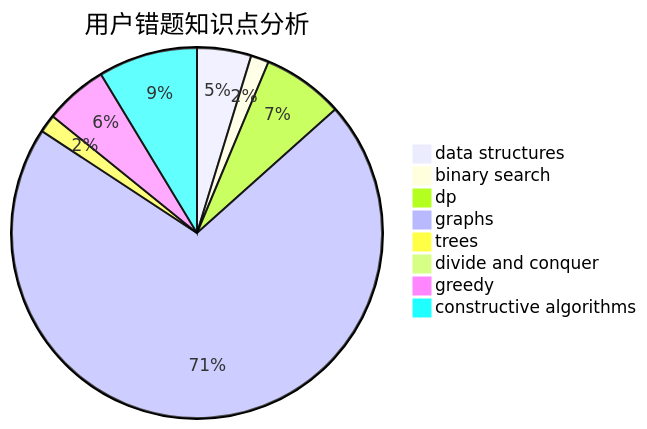
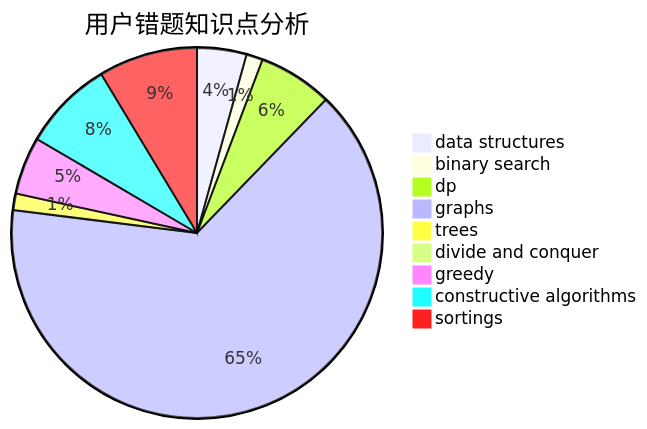
The third of 3 diagrams in docs/user/u1199.md (sherpahu/cfrs.github.io), drawn with Mermaid before and after one commit. The commit also changed other lines of this file and 2769 other files, not shown here.

````diff
--- a/docs/user/u1199.md
+++ b/docs/user/u1199.md
@@ -36,11 +32,12 @@
 ```mermaid
 pie title 用户错题知识点分析
     "data structures" :  6
     "binary search" :  2
     "dp" :  9
     "graphs" :  90
     "trees" :  2
     "divide and conquer" :  0
     "greedy" :  7
     "constructive algorithms" :  11
+    "sortings" :  12
 ```
````
